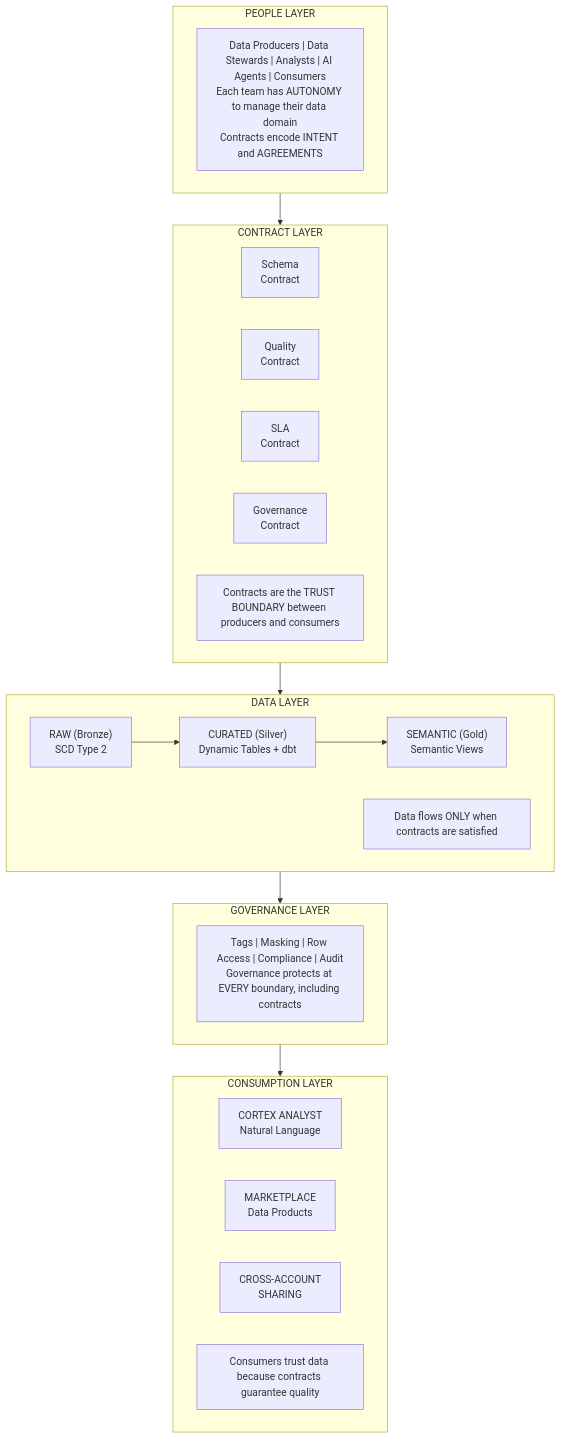
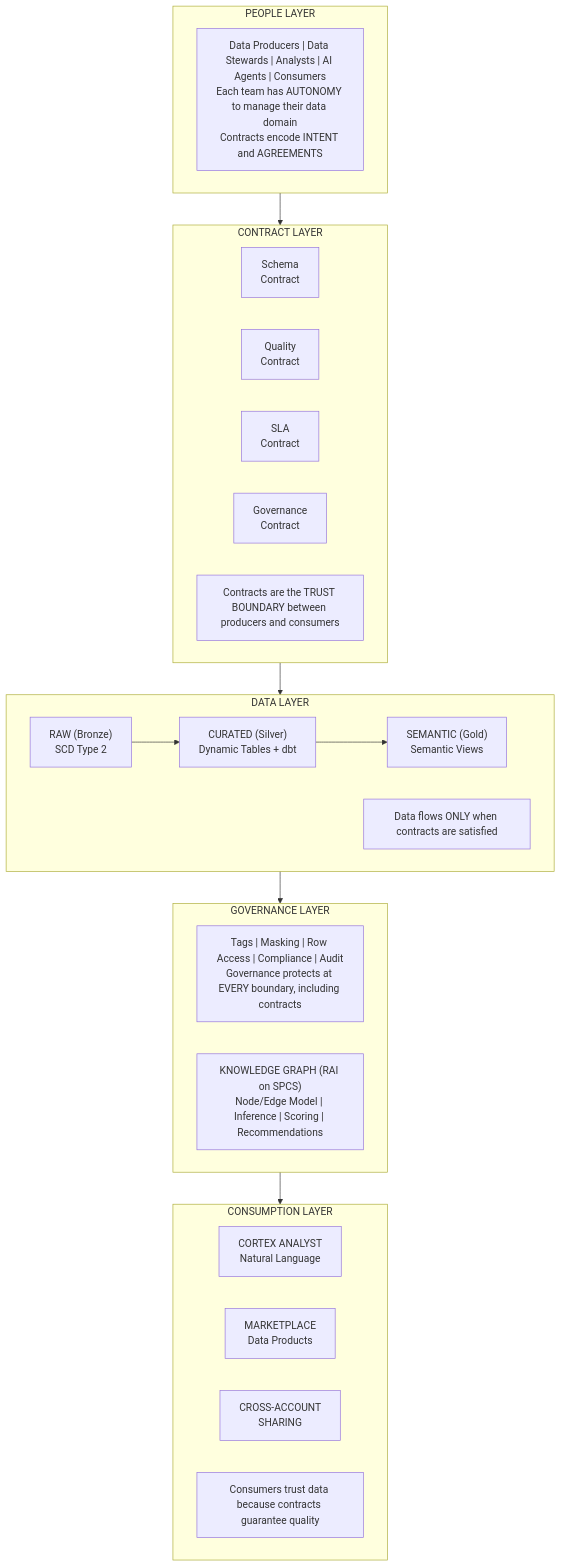
Before and after one commit to sfc-gh-smitchener-1/snowflake-dca-fullstack-demo: the seventh of 9 diagrams in docs/ARCHITECTURE.md, drawn with Mermaid. The commit also changed other lines of this file and 28 other files, not shown here.

````diff
--- a/docs/ARCHITECTURE.md
+++ b/docs/ARCHITECTURE.md
@@ -506,30 +506,31 @@
 ```mermaid
 flowchart TB
     subgraph PEOPLE["PEOPLE LAYER"]
         P["Data Producers | Data Stewards | Analysts | AI Agents | Consumers\nEach team has AUTONOMY to manage their data domain\nContracts encode INTENT and AGREEMENTS"]
     end
     subgraph CONTRACTS["CONTRACT LAYER"]
         C_SCHEMA["Schema\nContract"]
         C_QUALITY["Quality\nContract"]
         C_SLA["SLA\nContract"]
         C_GOV["Governance\nContract"]
         C_NOTE["Contracts are the TRUST BOUNDARY between producers and consumers"]
     end
     subgraph DATALAYER["DATA LAYER"]
         RAW["RAW (Bronze)\nSCD Type 2"]
         CURATED["CURATED (Silver)\nDynamic Tables + dbt"]
         SEMANTIC["SEMANTIC (Gold)\nSemantic Views"]
         RAW --> CURATED --> SEMANTIC
         D_NOTE["Data flows ONLY when contracts are satisfied"]
     end
     subgraph GOVERNANCE["GOVERNANCE LAYER"]
         G["Tags | Masking | Row Access | Compliance | Audit\nGovernance protects at EVERY boundary, including contracts"]
+        KG["KNOWLEDGE GRAPH (RAI on SPCS)\nNode/Edge Model | Inference | Scoring | Recommendations"]
     end
     subgraph CONSUMPTION["CONSUMPTION LAYER"]
         CORTEX["CORTEX ANALYST\nNatural Language"]
         MARKET["MARKETPLACE\nData Products"]
         SHARING["CROSS-ACCOUNT\nSHARING"]
         CON_NOTE["Consumers trust data because contracts guarantee quality"]
     end
     PEOPLE --> CONTRACTS --> DATALAYER --> GOVERNANCE --> CONSUMPTION
 ```
````
